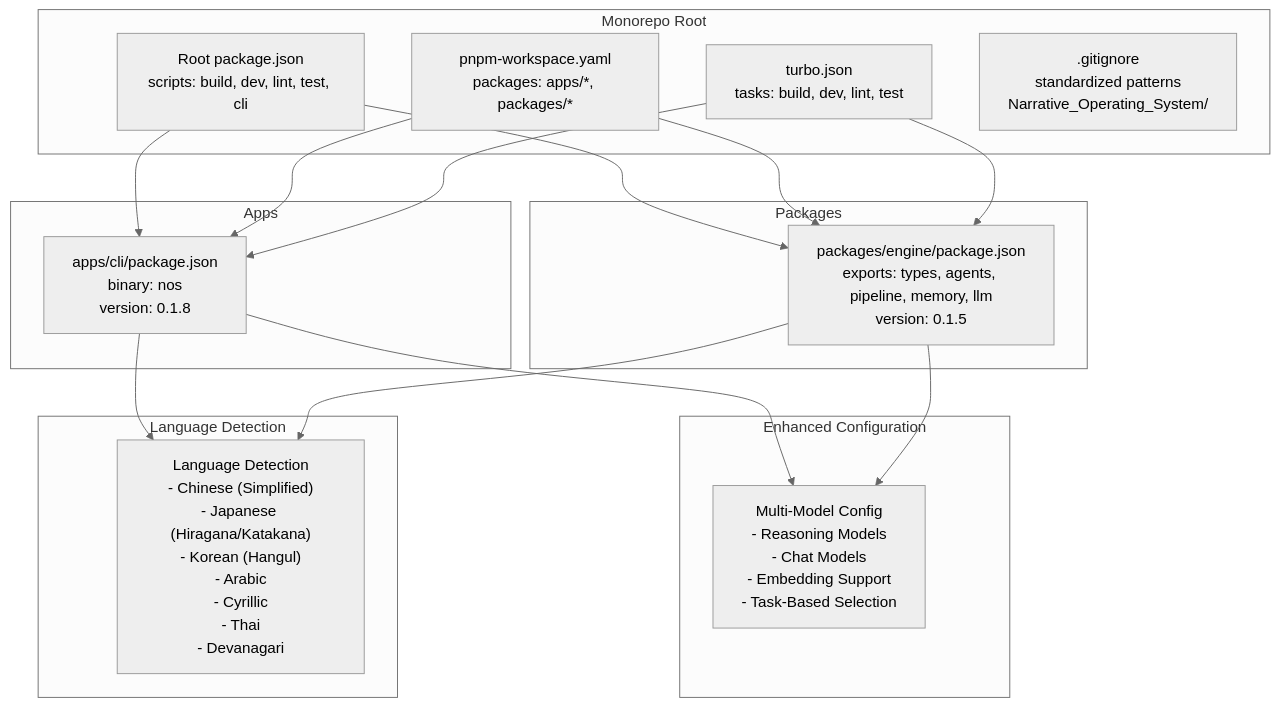
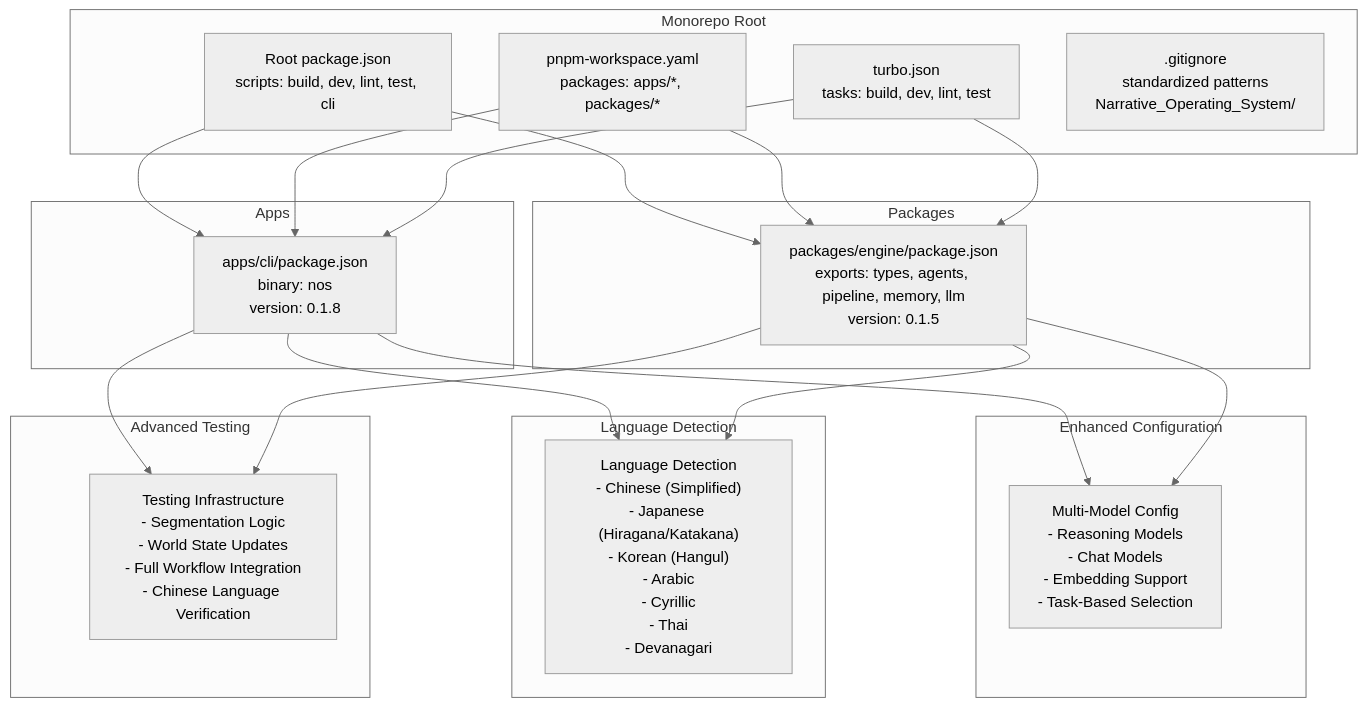
One commit to liwonder/NARRITIVE_OS changed the first of 17 diagrams in .qoder/repowiki/en/content/Development and Contributing.md. Above: the diagram before and after it, drawn with Mermaid (neutral theme). The commit also changed other lines of this file and 7 other files, not shown here.

````diff
--- a/.qoder/repowiki/en/content/Development and Contributing.md
+++ b/.qoder/repowiki/en/content/Development and Contributing.md
@@ -71,31 +77,36 @@
 ```mermaid
 graph TB
 subgraph "Monorepo Root"
 ROOT_PKG["Root package.json<br/>scripts: build, dev, lint, test, cli"]
 WS["pnpm-workspace.yaml<br/>packages: apps/*, packages/*"]
 TURBO["turbo.json<br/>tasks: build, dev, lint, test"]
 GITIGNORE[".gitignore<br/>standardized patterns<br/>Narrative_Operating_System/"]
 end
 subgraph "Apps"
 CLI_PKG["apps/cli/package.json<br/>binary: nos<br/>version: 0.1.8"]
 end
 subgraph "Packages"
 ENG_PKG["packages/engine/package.json<br/>exports: types, agents, pipeline, memory, llm<br/>version: 0.1.5"]
 end
 subgraph "Enhanced Configuration"
 MULTI_MODEL["Multi-Model Config<br/>- Reasoning Models<br/>- Chat Models<br/>- Embedding Support<br/>- Task-Based Selection"]
 end
 subgraph "Language Detection"
 LANG_DETECTION["Language Detection<br/>- Chinese (Simplified)<br/>- Japanese (Hiragana/Katakana)<br/>- Korean (Hangul)<br/>- Arabic<br/>- Cyrillic<br/>- Thai<br/>- Devanagari"]
 end
+subgraph "Advanced Testing"
+TEST_INFRA["Testing Infrastructure<br/>- Segmentation Logic<br/>- World State Updates<br/>- Full Workflow Integration<br/>- Chinese Language Verification"]
+end
 ROOT_PKG --> CLI_PKG
 ROOT_PKG --> ENG_PKG
 WS --> CLI_PKG
 WS --> ENG_PKG
 TURBO --> CLI_PKG
 TURBO --> ENG_PKG
 CLI_PKG --> MULTI_MODEL
 CLI_PKG --> LANG_DETECTION
+CLI_PKG --> TEST_INFRA
 ENG_PKG --> MULTI_MODEL
 ENG_PKG --> LANG_DETECTION
+ENG_PKG --> TEST_INFRA
 ```
````
